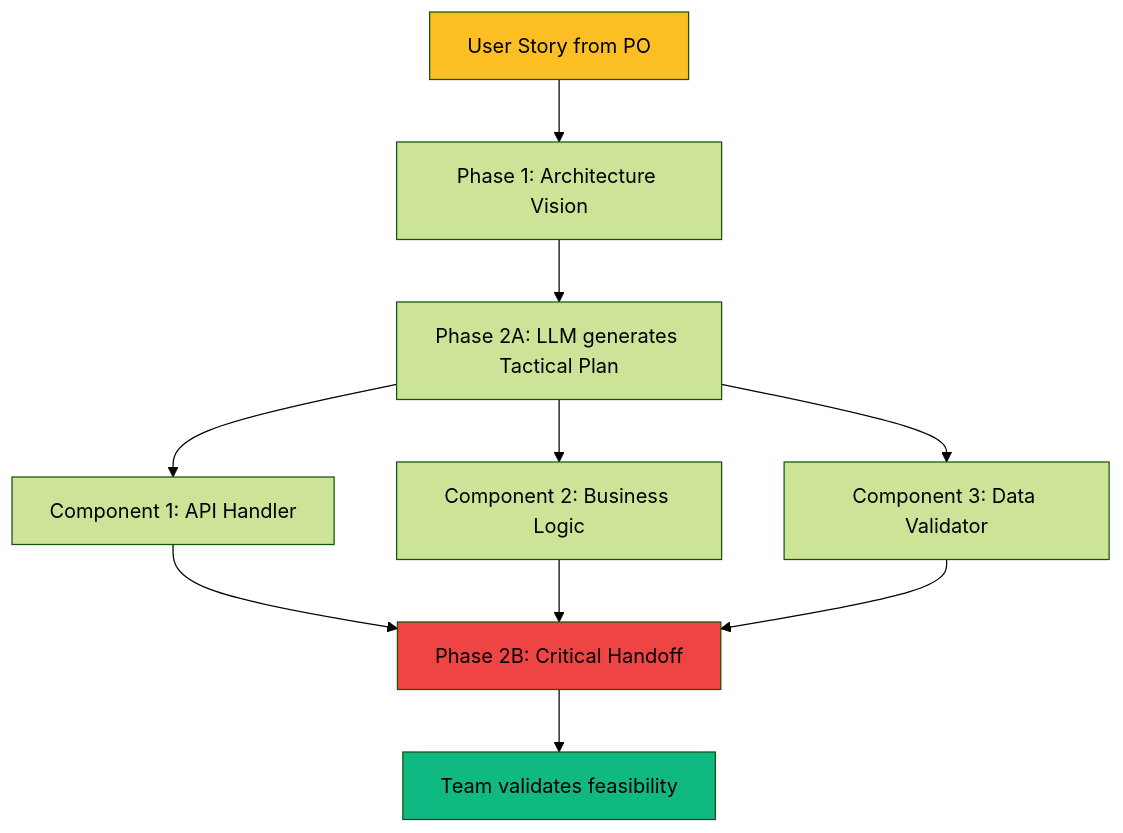
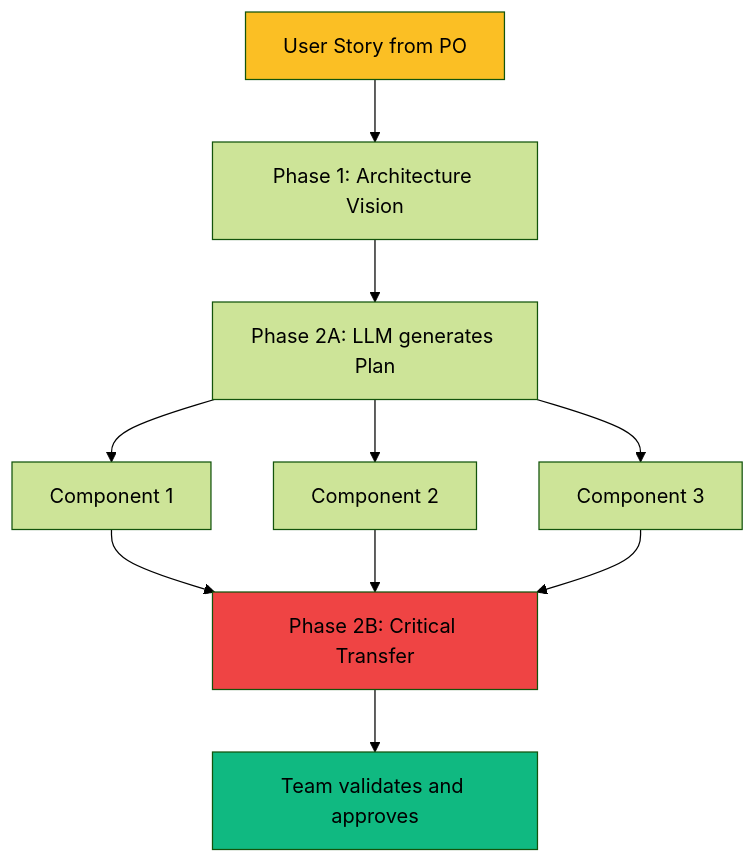
Before and after one commit to dc2method/dc2-website: the diagram in src/content/docs/en/phase2-planification-tactique.md, drawn with Mermaid (forest theme). The commit also changed other lines of this file and 63 other files, not shown here.

````diff
--- a/src/content/docs/en/phase2-planification-tactique.md
+++ b/src/content/docs/en/phase2-planification-tactique.md
@@ -44,16 +58,16 @@
 ```mermaid
 graph TD
     US[User Story from PO] --> P1[Phase 1: Architecture Vision]
-    P1 --> P2A[Phase 2A: LLM generates Tactical Plan]
-    P2A --> C1[Component 1: API Handler]
-    P2A --> C2[Component 2: Business Logic]
-    P2A --> C3[Component 3: Data Validator]
-    C1 --> P2B[Phase 2B: Critical Handoff]
+    P1 --> P2A[Phase 2A: LLM generates Plan]
+    P2A --> C1[Component 1]
+    P2A --> C2[Component 2]
+    P2A --> C3[Component 3]
+    C1 --> P2B[Phase 2B: Critical Transfer]
     C2 --> P2B
     C3 --> P2B
-    P2B --> V[Team validates feasibility]
+    P2B --> V[Team validates and approves]
 
     style US fill:#fbbf24
     style P2B fill:#ef4444
     style V fill:#10b981
 ```
````
